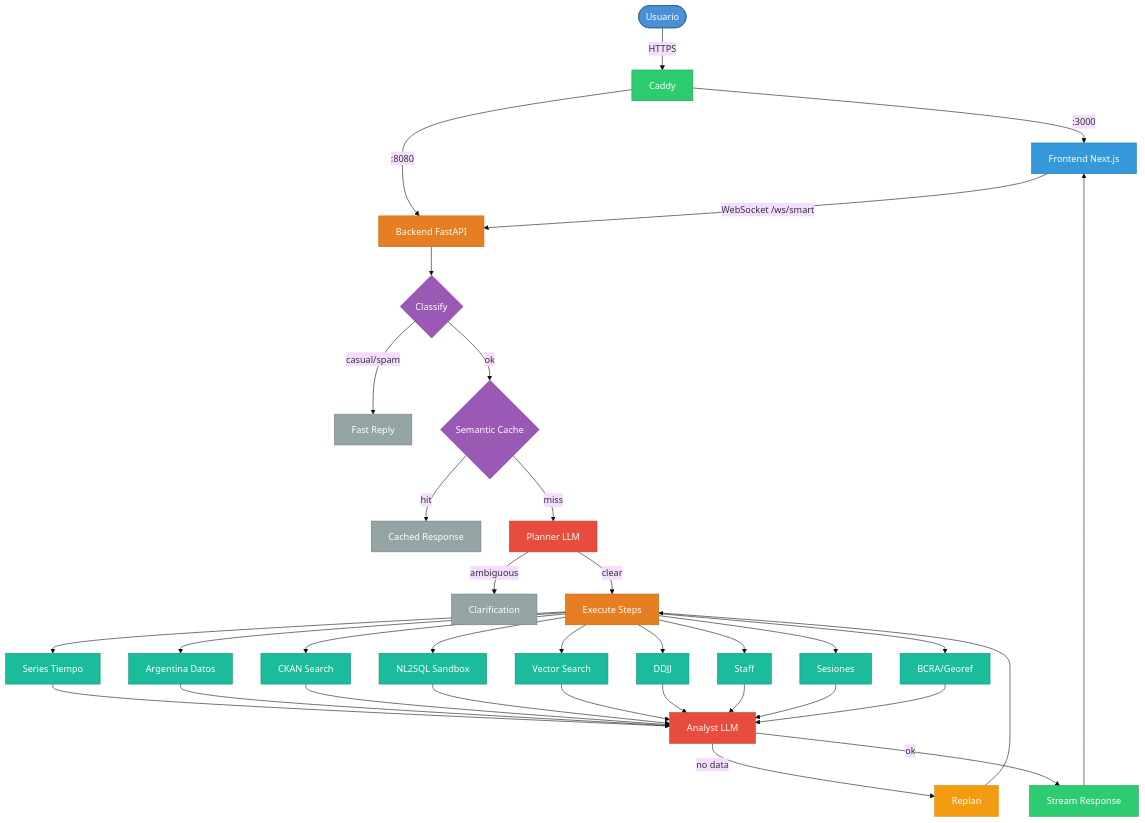
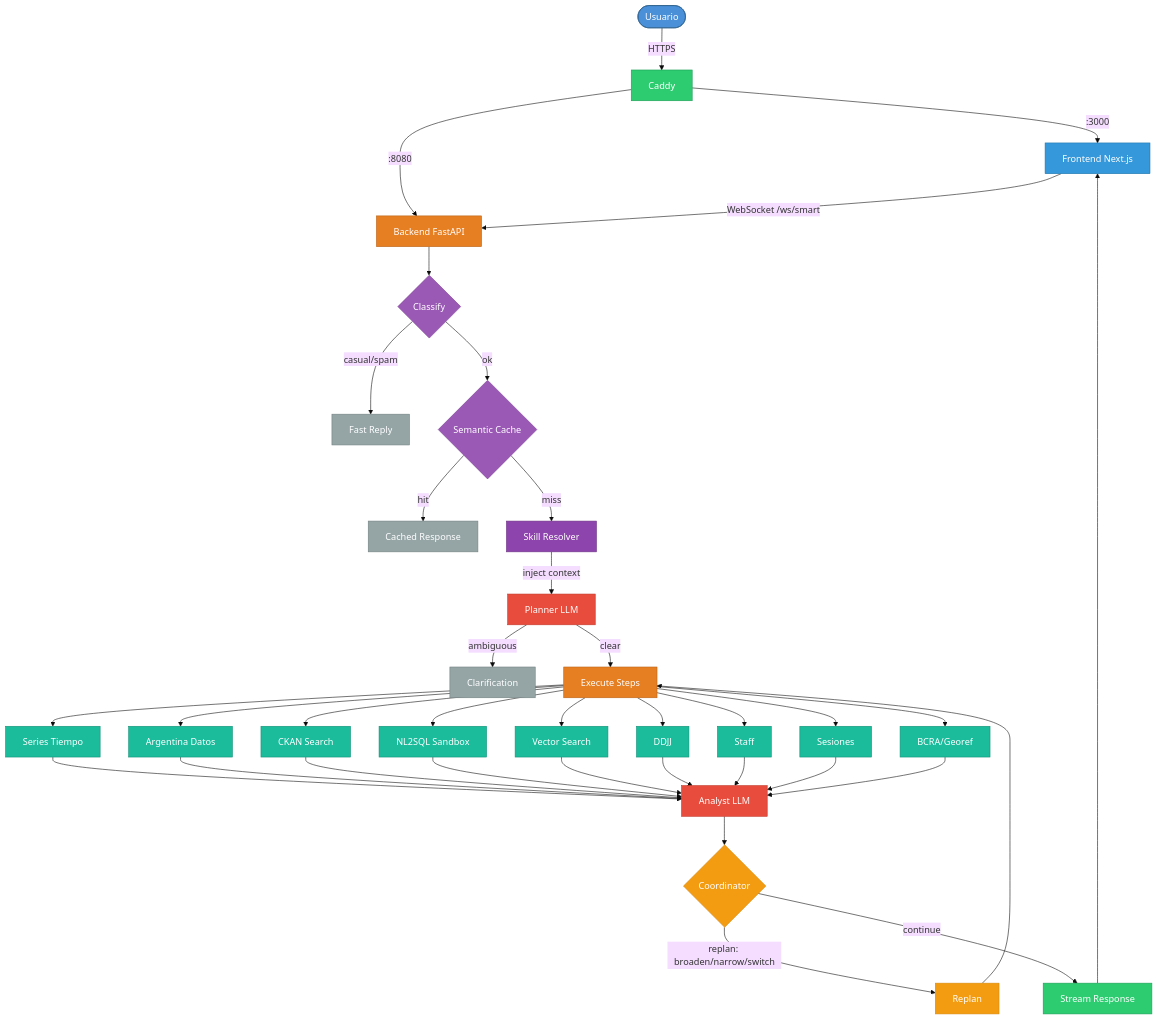
Before and after one commit to colossus-lab/openarg_backend: the first of 5 diagrams in docs/diagrams.md, drawn with Mermaid (base theme). The commit also changed other lines of this file and 14 other files, not shown here.

````diff
--- a/docs/diagrams.md
+++ b/docs/diagrams.md
@@ -5,53 +5,57 @@
 ```mermaid
 graph TB
     User([Usuario]) -->|HTTPS| Caddy[Caddy]
     Caddy -->|:3000| FE[Frontend Next.js]
     Caddy -->|:8080| BE[Backend FastAPI]
     FE -->|WebSocket /ws/smart| BE
 
     BE --> Classify{Classify}
     Classify -->|casual/spam| FastReply[Fast Reply]
     Classify -->|ok| Cache{Semantic Cache}
     Cache -->|hit| CacheReply[Cached Response]
-    Cache -->|miss| Planner[Planner LLM]
+    Cache -->|miss| Skills[Skill Resolver]
+    Skills -->|inject context| Planner[Planner LLM]
     Planner -->|ambiguous| Clarify[Clarification]
     Planner -->|clear| Execute[Execute Steps]
 
     Execute --> C1[Series Tiempo]
     Execute --> C2[Argentina Datos]
     Execute --> C3[CKAN Search]
     Execute --> C4[NL2SQL Sandbox]
     Execute --> C5[Vector Search]
     Execute --> C6[DDJJ]
     Execute --> C7[Staff]
     Execute --> C8[Sesiones]
     Execute --> C9[BCRA/Georef]
 
     C1 & C2 & C3 & C4 & C5 & C6 & C7 & C8 & C9 --> Analyst[Analyst LLM]
-    Analyst -->|no data| Replan[Replan] --> Execute
-    Analyst -->|ok| Stream[Stream Response] --> FE
+    Analyst --> Coord{Coordinator}
+    Coord -->|replan: broaden/narrow/switch| Replan[Replan] --> Execute
+    Coord -->|continue| Stream[Stream Response] --> FE
 
     style User fill:#4A90D9,stroke:#2C5F8A,color:#fff
     style Caddy fill:#2ECC71,stroke:#1A9B54,color:#fff
     style FE fill:#3498DB,stroke:#2176AB,color:#fff
     style BE fill:#E67E22,stroke:#BA6318,color:#fff
     style Classify fill:#9B59B6,stroke:#7A3D92,color:#fff
     style Cache fill:#9B59B6,stroke:#7A3D92,color:#fff
     style Planner fill:#E74C3C,stroke:#C0392B,color:#fff
     style Execute fill:#E67E22,stroke:#BA6318,color:#fff
     style C1 fill:#1ABC9C,stroke:#148F77,color:#fff
     style C2 fill:#1ABC9C,stroke:#148F77,color:#fff
     style C3 fill:#1ABC9C,stroke:#148F77,color:#fff
     style C4 fill:#1ABC9C,stroke:#148F77,color:#fff
     style C5 fill:#1ABC9C,stroke:#148F77,color:#fff
     style C6 fill:#1ABC9C,stroke:#148F77,color:#fff
     style C7 fill:#1ABC9C,stroke:#148F77,color:#fff
     style C8 fill:#1ABC9C,stroke:#148F77,color:#fff
     style C9 fill:#1ABC9C,stroke:#148F77,color:#fff
     style Analyst fill:#E74C3C,stroke:#C0392B,color:#fff
+    style Skills fill:#8E44AD,stroke:#6C3483,color:#fff
+    style Coord fill:#F39C12,stroke:#D68910,color:#fff
     style Replan fill:#F39C12,stroke:#D68910,color:#fff
     style Stream fill:#2ECC71,stroke:#1A9B54,color:#fff
     style FastReply fill:#95A5A6,stroke:#717D7E,color:#fff
     style CacheReply fill:#95A5A6,stroke:#717D7E,color:#fff
     style Clarify fill:#95A5A6,stroke:#717D7E,color:#fff
 ```
````
